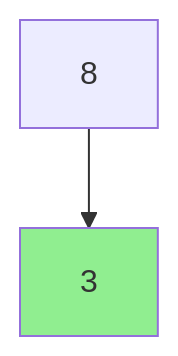
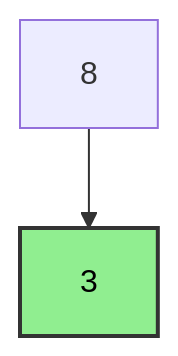
The ninth of 43 diagrams in Year_2/Semester_3/DSA_DATA_STRUCTURES_ALGORITHMS/Lectures/Binary_Trees.md (PanagopoulosNikolaos/DitOpenNotes), drawn with Mermaid before and after one commit. The commit also changed other lines of this file and 4 other files, not shown here.

````diff
--- a/Year_2/Semester_3/DSA_DATA_STRUCTURES_ALGORITHMS/Lectures/Binary_Trees.md
+++ b/Year_2/Semester_3/DSA_DATA_STRUCTURES_ALGORITHMS/Lectures/Binary_Trees.md
@@ -259,5 +259,5 @@
 ```mermaid
 graph TD
     A[8] --> B[3]
-    style B fill:#90EE90
+    style B fill:#90EE90,stroke:#333,stroke-width:2px,color:black
 ```
````
